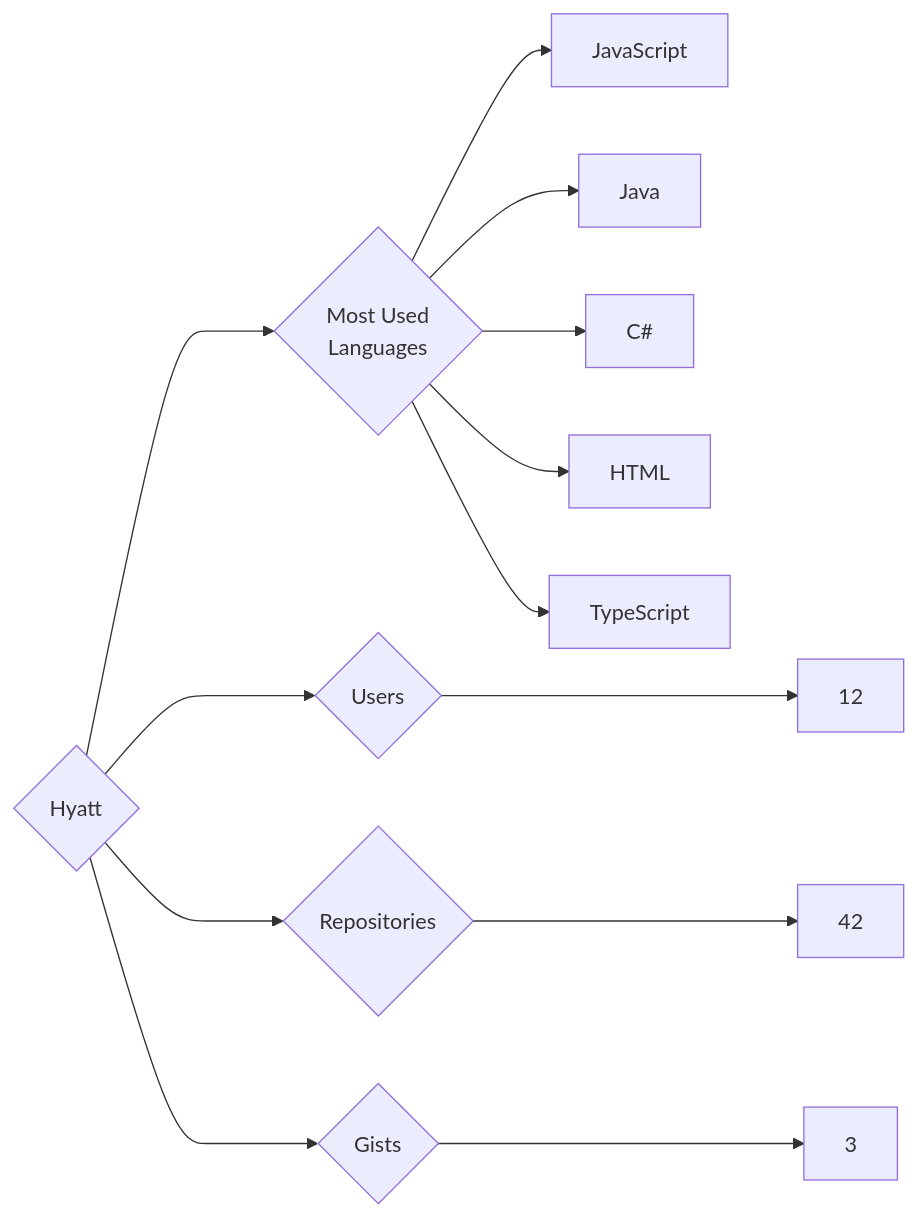
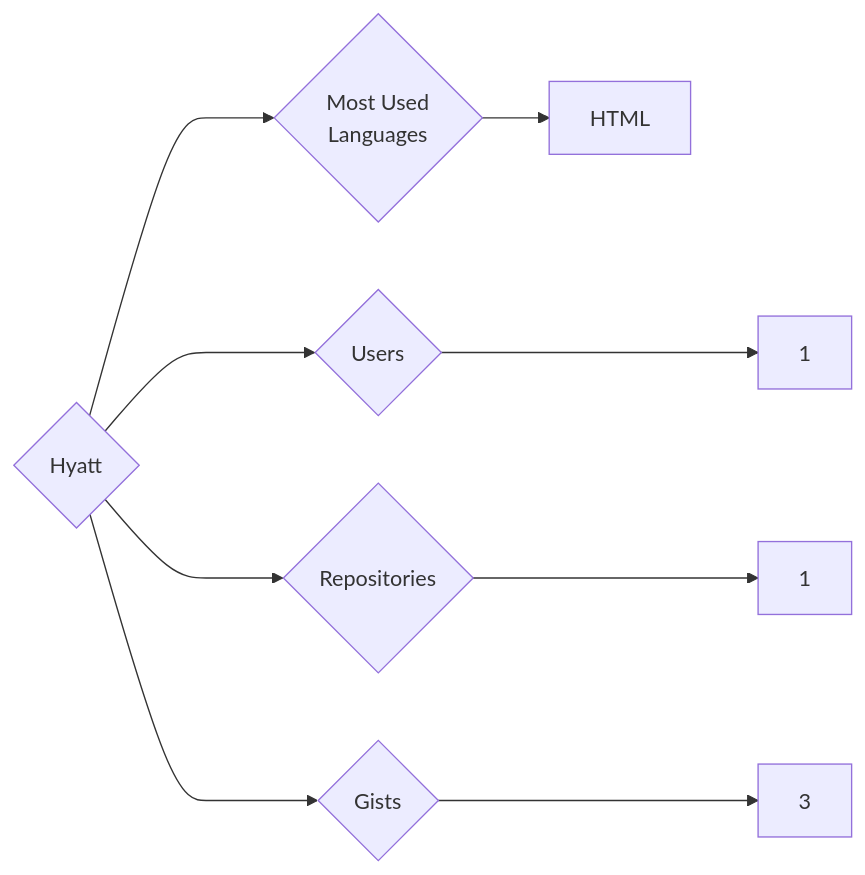
Before and after one commit to trickest/insiders: the diagram in targets/Hyatt/README.md, drawn with Mermaid. The commit also changed 845 other files, not shown here.

````diff
--- a/targets/Hyatt/README.md
+++ b/targets/Hyatt/README.md
@@ -3,13 +3,9 @@
 ```mermaid
 graph LR
 COMPANY_NAME{Hyatt}
-COMPANY_NAME ---> U{Users} ---> UN[12]
-COMPANY_NAME ---> R{Repositories} ---> RN[42]
+COMPANY_NAME ---> U{Users} ---> UN[1]
+COMPANY_NAME ---> R{Repositories} ---> RN[1]
 COMPANY_NAME ---> G{Gists} ---> GN[3]
 COMPANY_NAME ---> ML{Most Used<br>Languages}
-ML --> JavaScript[JavaScript]
-ML --> Java[Java]
-ML --> C#[C#]
 ML --> HTML[HTML]
-ML --> TypeScript[TypeScript]
 ```
````
